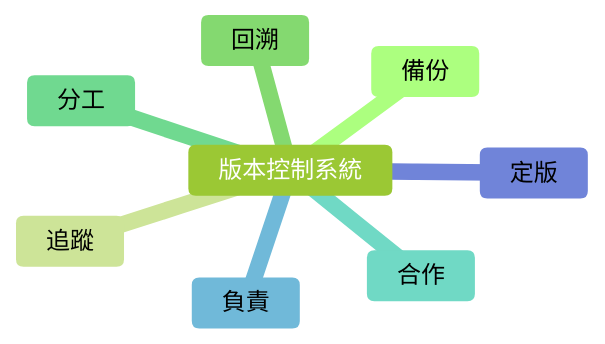
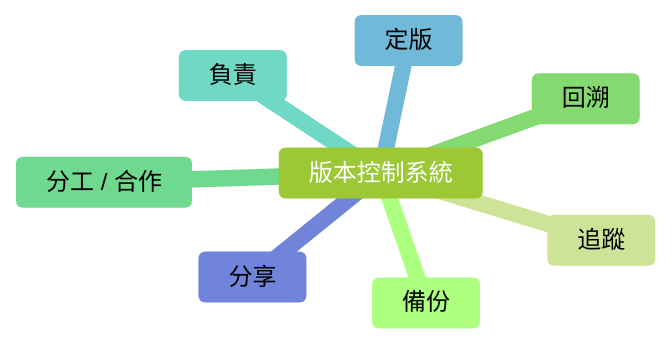
The first of 13 diagrams in helper_SVNvsGit.md (lankahsu520/HelperX), drawn with Mermaid (forest theme) before and after one commit.

Commit message:
update helper_SVNvsGit.md, 0.1.1. Mind

````diff
--- a/helper_SVNvsGit.md
+++ b/helper_SVNvsGit.md
@@ -30,11 +30,11 @@
 ```mermaid
 mindmap
 	版本控制系統
 		備份
 		追蹤
 		回溯
-		分工
-		合作
+		分工 / 合作
 		負責
 		定版
+		分享
 ```
````
